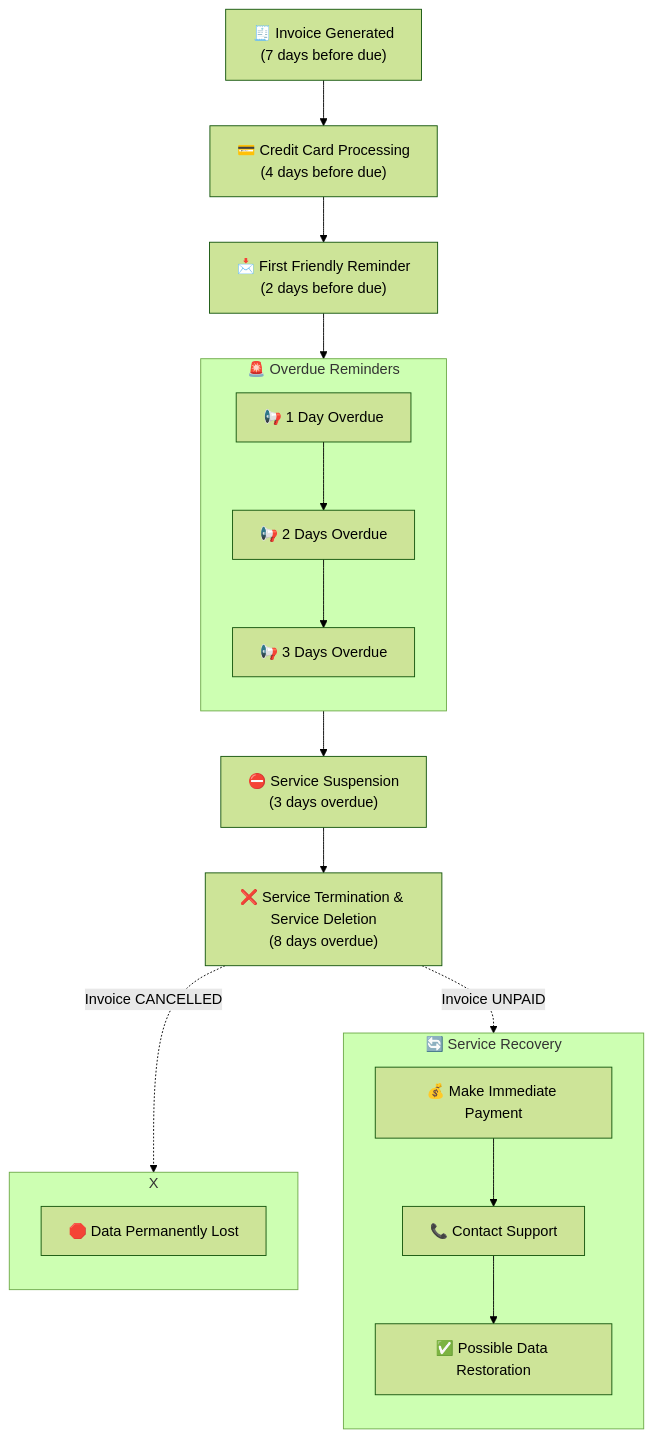
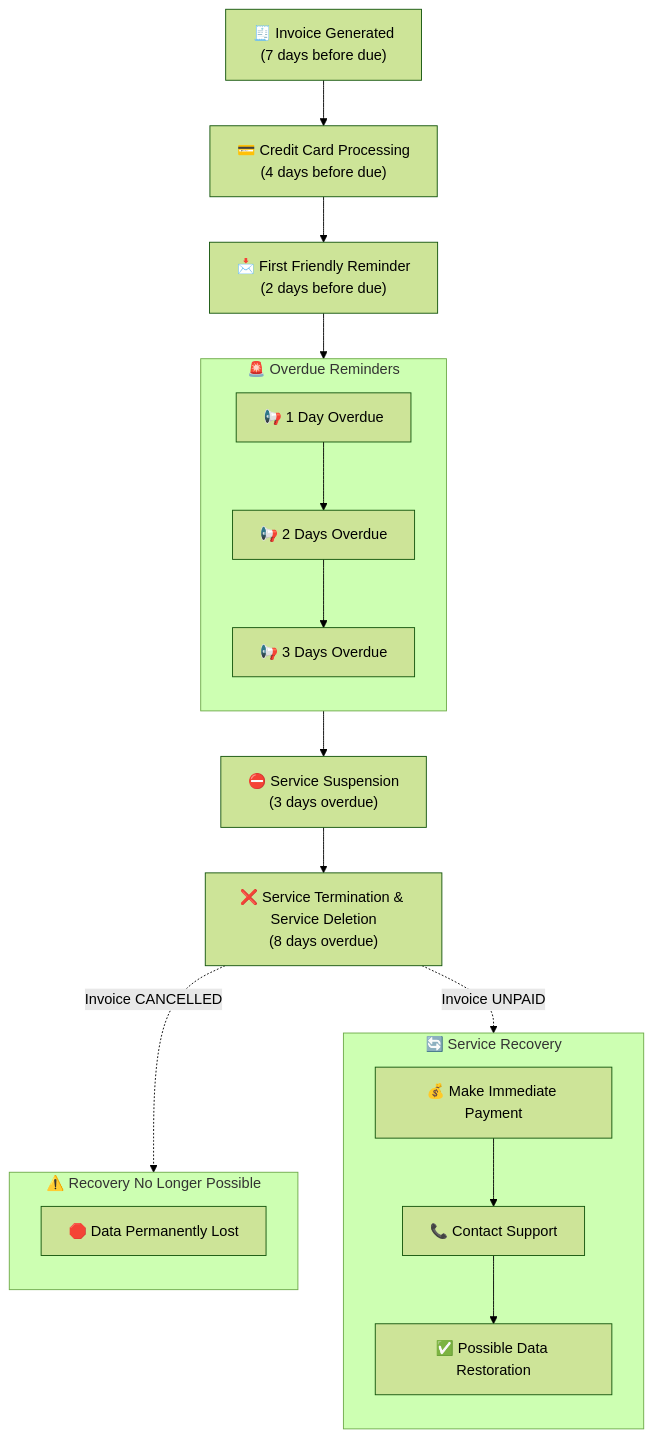
The diagram in faq/billing-lifecycle/automated-vps-billing-workflow.mdx (gExPl0ReR/docs), drawn with Mermaid (forest theme) before and after one commit.

Commit message:
Documentation edits made through Mintlify web editor

````diff
--- a/faq/billing-lifecycle/automated-vps-billing-workflow.mdx
+++ b/faq/billing-lifecycle/automated-vps-billing-workflow.mdx
@@ -44,31 +44,31 @@
 ```mermaid
 flowchart TD
     A["🧾 Invoice Generated<br>(7 days before due)"] --> B["💳 Credit Card Processing<br>(4 days before due)"]
     B --> C["📩 First Friendly Reminder<br>(2 days before due)"]
 
     subgraph overdue["🚨 Overdue Reminders"]
         direction TB
         C1["📢 1 Day Overdue"]
         C2["📢 2 Days Overdue"]
         C3["📢 3 Days Overdue"]
     end
     C --> C1 --> C2 --> C3
 
     C3 --> D["⛔ Service Suspension<br>(3 days overdue)"]
     D --> E["❌ Service Termination & Service Deletion<br>(8 days overdue)"]
 
     subgraph recovery["🔄 Service Recovery"]
         direction TB
         R1["💰 Make Immediate Payment"]
         R2["📞 Contact Support"]
         R3["✅ Possible Data Restoration"]
     end
 
-    subgraph no_recovery["X"]
+    subgraph no_recovery["⚠️ Recovery No Longer Possible"]
         direction TB
         X["🛑 Data Permanently Lost"]
     end
 
     E -.->|Invoice UNPAID| R1 --> R2 --> R3
     E -.->|Invoice CANCELLED| X
 ```
````
